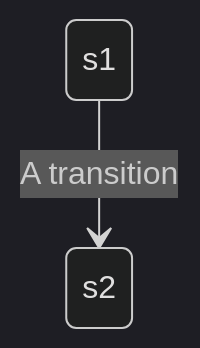
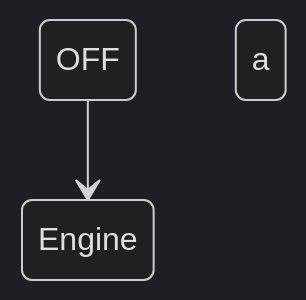
One commit to kirolossedra/Vehicle-Control-System changed the diagram in README.md. Above: the diagram before and after it, drawn with Mermaid (dark theme).

````diff
--- a/README.md
+++ b/README.md
@@ -10,4 +10,4 @@
 ```mermaid
 stateDiagram-v2
-    s1 --> s2: A transition
+    Engine OFF --> Engine ON: a
 ```
````
